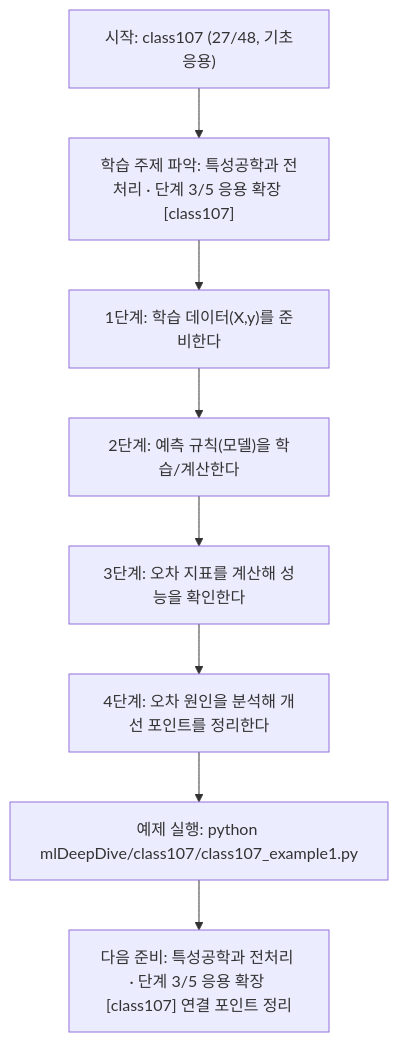
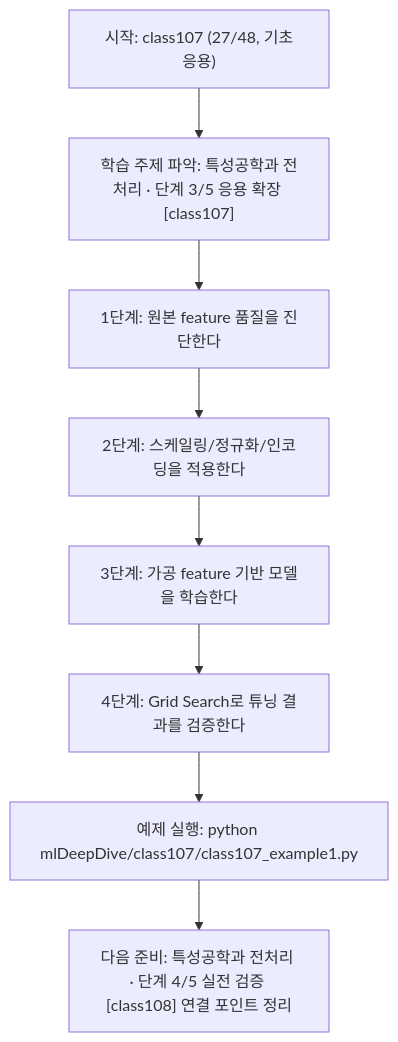
Before and after one commit to edumgt/Python-AI_Agent-Class: the diagram in mlDeepDive/class107/class107.md, drawn with Mermaid. The commit also changed other lines of this file and 338 other files, not shown here.

````diff
--- a/mlDeepDive/class107/class107.md
+++ b/mlDeepDive/class107/class107.md
@@ -109,18 +91,18 @@
 ```mermaid
 flowchart TD
 N1["시작: class107 (27/48, 기초응용)"]
 N2["학습 주제 파악: 특성공학과 전처리 · 단계 3/5 응용 확장 [class107]"]
-N3["1단계: 학습 데이터(X,y)를 준비한다"]
-N4["2단계: 예측 규칙(모델)을 학습/계산한다"]
-N5["3단계: 오차 지표를 계산해 성능을 확인한다"]
-N6["4단계: 오차 원인을 분석해 개선 포인트를 정리한다"]
+N3["1단계: 원본 feature 품질을 진단한다"]
+N4["2단계: 스케일링/정규화/인코딩을 적용한다"]
+N5["3단계: 가공 feature 기반 모델을 학습한다"]
+N6["4단계: Grid Search로 튜닝 결과를 검증한다"]
 N7["예제 실행: python mlDeepDive/class107/class107_example1.py"]
-N8["다음 준비: 특성공학과 전처리 · 단계 3/5 응용 확장 [class107] 연결 포인트 정리"]
+N8["다음 준비: 특성공학과 전처리 · 단계 4/5 실전 검증 [class108] 연결 포인트 정리"]
 N1 --> N2
 N2 --> N3
 N3 --> N4
 N4 --> N5
 N5 --> N6
 N6 --> N7
 N7 --> N8
 ```
````
